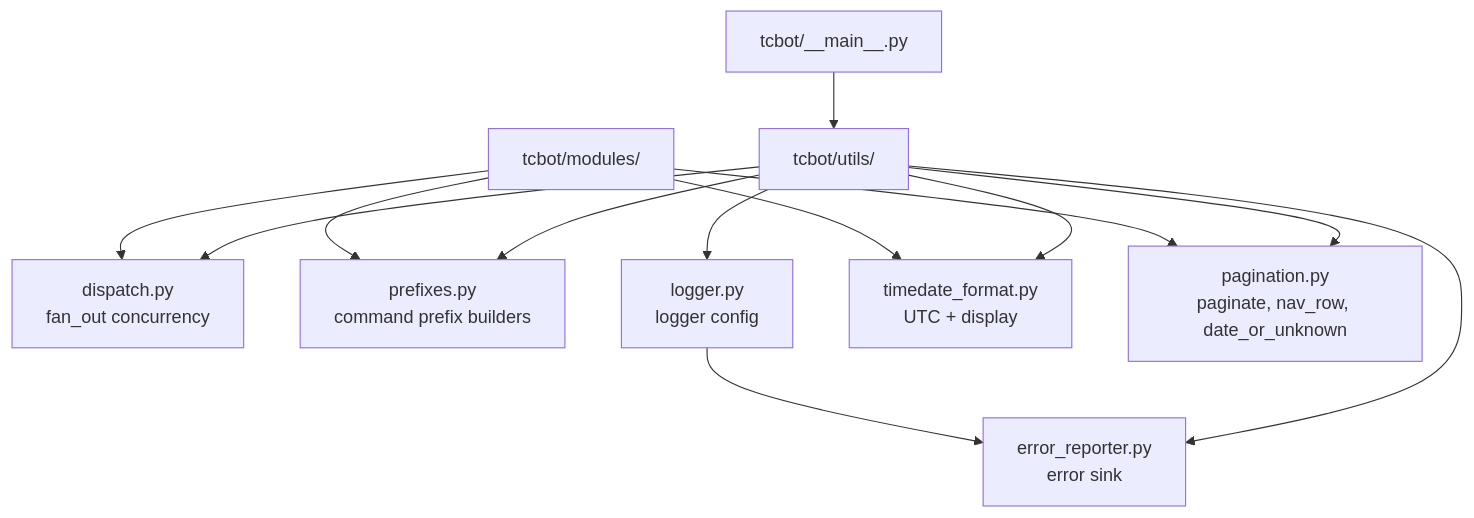
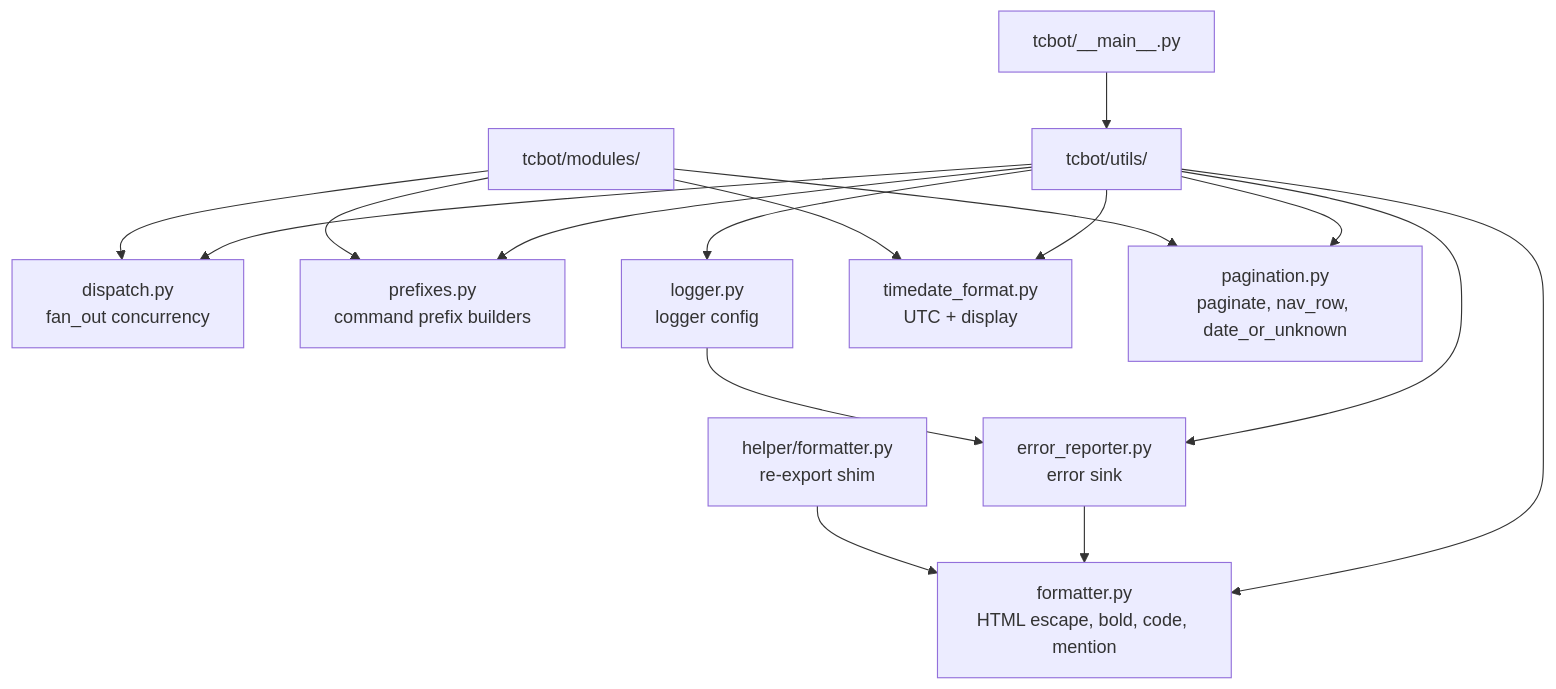
The diagram in docs/utils/utils.md (D1ZZY4/tcbot), drawn with Mermaid before and after one commit. The commit also changed other lines of this file and 13 other files, not shown here.

````diff
--- a/docs/utils/utils.md
+++ b/docs/utils/utils.md
@@ -7,15 +7,18 @@
 ```mermaid
 flowchart TD
     Main[tcbot/__main__.py] --> Utils[tcbot/utils/]
     Utils --> Dispatch[dispatch.py<br/>fan_out concurrency]
     Utils --> Prefixes[prefixes.py<br/>command prefix builders]
     Utils --> Logging[logger.py<br/>logger config]
     Utils --> ErrorReporter[error_reporter.py<br/>error sink]
     Utils --> TimeDate[timedate_format.py<br/>UTC + display]
     Utils --> Pagination[pagination.py<br/>paginate, nav_row, date_or_unknown]
+    Utils --> Fmt[formatter.py<br/>HTML escape, bold, code, mention]
     Modules[tcbot/modules/] --> Dispatch
     Modules --> Prefixes
     Modules --> TimeDate
     Modules --> Pagination
     Logging --> ErrorReporter
+    ErrorReporter --> Fmt
+    HelperFmt[helper/formatter.py<br/>re-export shim] --> Fmt
 ```
````
